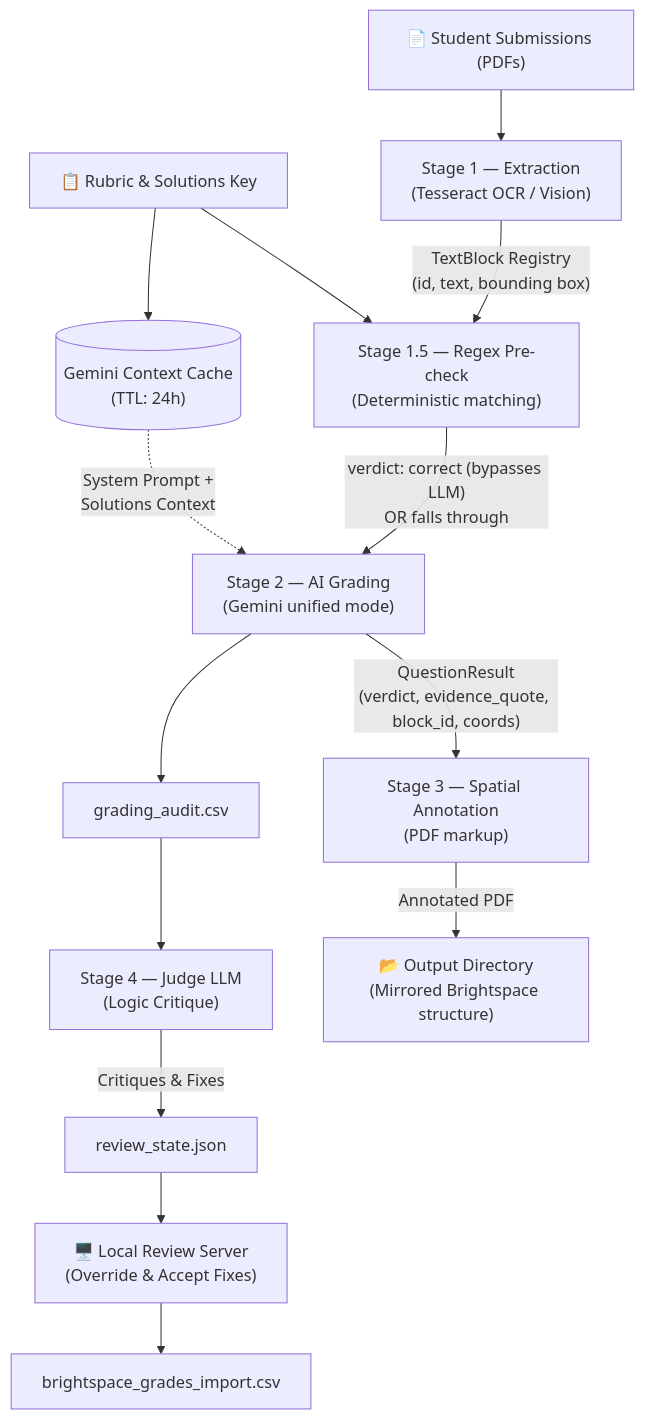
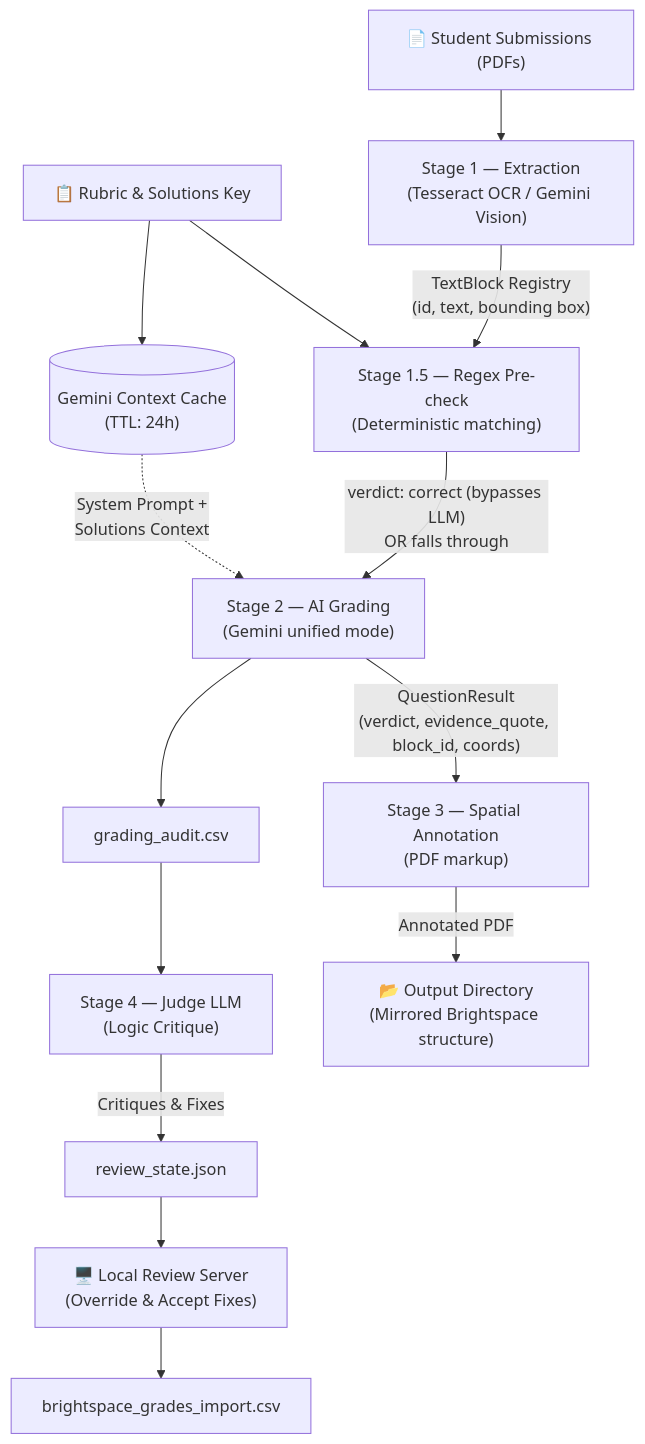
The diagram in README.md (walshkang/gradeline), drawn with Mermaid before and after one commit. The commit also changed other lines of this file, not shown here.

Commit message:
docs: overhaul README with architecture diagrams and update diagnostic log output

````diff
--- a/README.md
+++ b/README.md
@@ -241,32 +128,32 @@
 ```mermaid
 flowchart TD
     SUB["📄 Student Submissions (PDFs)"]
     RUBRIC["📋 Rubric & Solutions Key"]
     CACHE[("Gemini Context Cache\n(TTL: 24h)")]
 
     SUB --> S1
     RUBRIC --> S15
     RUBRIC --> CACHE
 
-    S1["Stage 1 — Extraction\n(Tesseract OCR / Vision)"]
+    S1["Stage 1 — Extraction\n(Tesseract OCR / Gemini Vision)"]
     S1 -->|"TextBlock Registry\n(id, text, bounding box)"| S15
 
     S15["Stage 1.5 — Regex Pre-check\n(Deterministic matching)"]
     S15 -->|"verdict: correct (bypasses LLM)\nOR falls through"| S2
 
     CACHE -.->|"System Prompt +\nSolutions Context"| S2
     S2["Stage 2 — AI Grading\n(Gemini unified mode)"]
     S2 -->|"QuestionResult\n(verdict, evidence_quote, block_id, coords)"| S3
 
     S3["Stage 3 — Spatial Annotation\n(PDF markup)"]
     S3 -->|"Annotated PDF"| OUT_DIR
 
     OUT_DIR["📂 Output Directory\n(Mirrored Brightspace structure)"]
     
     S2 --> AUDIT["grading_audit.csv"]
     AUDIT --> S4["Stage 4 — Judge LLM\n(Logic Critique)"]
     S4 -->|"Critiques & Fixes"| REVIEW_STATE["review_state.json"]
     
     REVIEW_STATE --> UI["🖥️ Local Review Server\n(Override & Accept Fixes)"]
     UI --> EXPORT["brightspace_grades_import.csv"]
 ```
````
